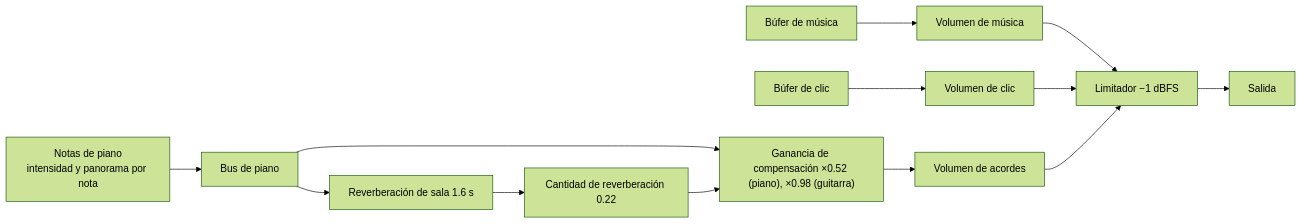
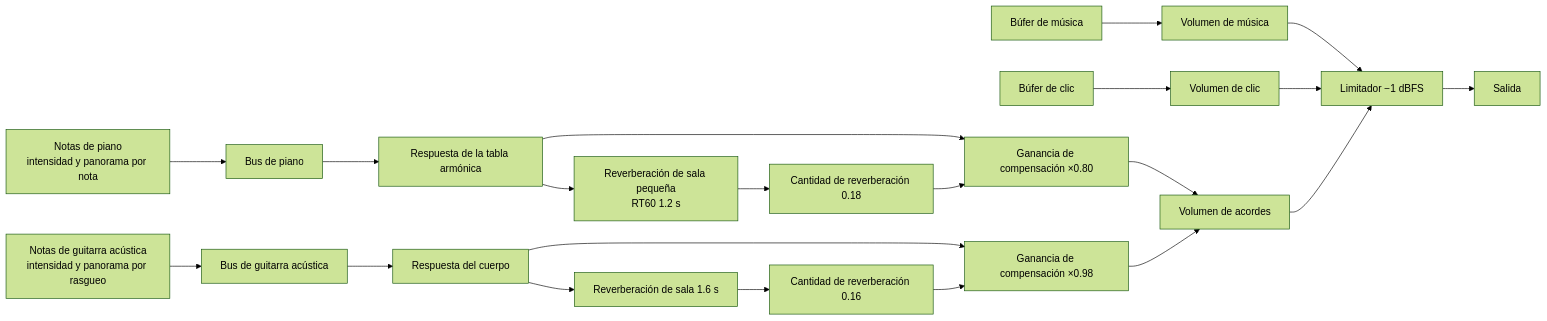
The third of 3 diagrams in README.es.md (Velvitty/Chordity), drawn with Mermaid (forest theme) before and after one commit. The commit also changed other lines of this file and 9 other files, not shown here.

````diff
--- a/README.es.md
+++ b/README.es.md
@@ -1367,13 +1419,17 @@
 ```mermaid
 flowchart LR
   M["Búfer de música"] --> GM["Volumen de música"]
   C["Búfer de clic"] --> GC["Volumen de clic"]
-  P["Notas de piano<br/>intensidad y panorama por nota"] --> PB["Bus de piano"]
-  PB --> MK["Ganancia de compensación ×0.52 (piano), ×0.98 (guitarra)"]
-  PB --> RV["Reverberación de sala 1.6 s"] --> W["Cantidad de reverberación 0.22"] --> MK
-  MK --> GP["Volumen de acordes"]
+  P["Notas de piano<br/>intensidad y panorama por nota"] --> PB["Bus de piano"] --> SB["Respuesta de la tabla armónica"]
+  SB --> MP["Ganancia de compensación ×0.80"]
+  SB --> RP["Reverberación de sala pequeña<br/>RT60 1.2 s"] --> WP["Cantidad de reverberación 0.18"] --> MP
+  G["Notas de guitarra acústica<br/>intensidad y panorama por rasgueo"] --> GB["Bus de guitarra acústica"] --> BD["Respuesta del cuerpo"]
+  BD --> MG["Ganancia de compensación ×0.98"]
+  BD --> RG["Reverberación de sala 1.6 s"] --> WG["Cantidad de reverberación 0.16"] --> MG
+  MP --> GP["Volumen de acordes"]
+  MG --> GP
   GM --> L["Limitador −1 dBFS"]
   GC --> L
   GP --> L
   L --> O["Salida"]
 ```
````
